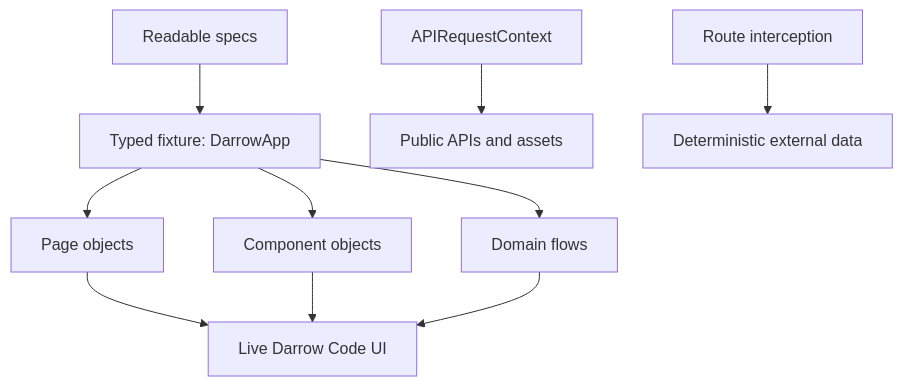
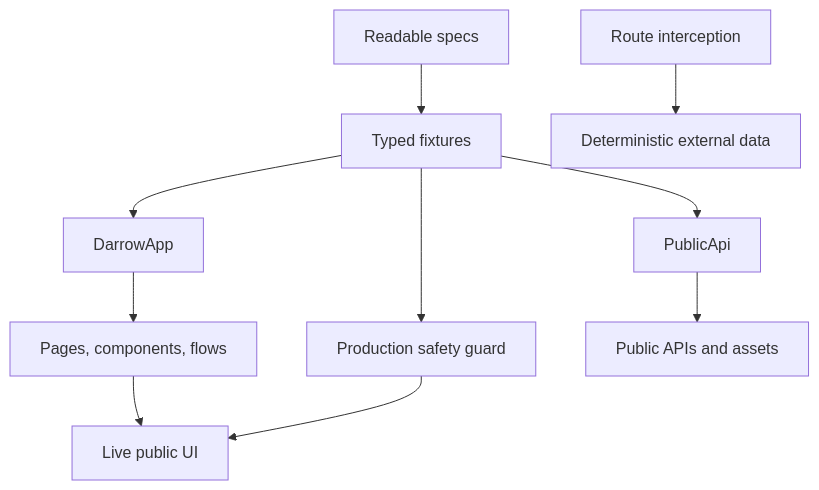
One commit to dmytropogribnyy/darrow-code-playwright-automation changed the diagram in README.md. Above: the diagram before and after it, drawn with Mermaid. The commit also changed other lines of this file and 20 other files, not shown here.

````diff
--- a/README.md
+++ b/README.md
@@ -38,12 +39,12 @@
 ```mermaid
 flowchart TD
-    T["Readable specs"] --> F["Typed fixture: DarrowApp"]
-    F --> P["Page objects"]
-    F --> C["Component objects"]
-    F --> D["Domain flows"]
-    P --> W["Live Darrow Code UI"]
-    C --> W
-    D --> W
-    A["APIRequestContext"] --> E["Public APIs and assets"]
+    T["Readable specs"] --> F["Typed fixtures"]
+    F --> A["DarrowApp"]
+    F --> P["PublicApi"]
+    F --> G["Production safety guard"]
+    A --> O["Pages, components, flows"]
+    O --> W["Live public UI"]
+    G --> W
+    P --> E["Public APIs and assets"]
     M["Route interception"] --> X["Deterministic external data"]
 ```
````
